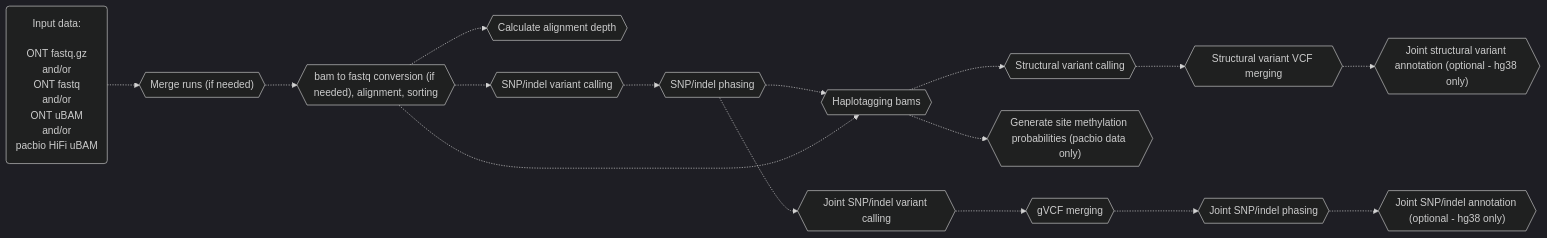
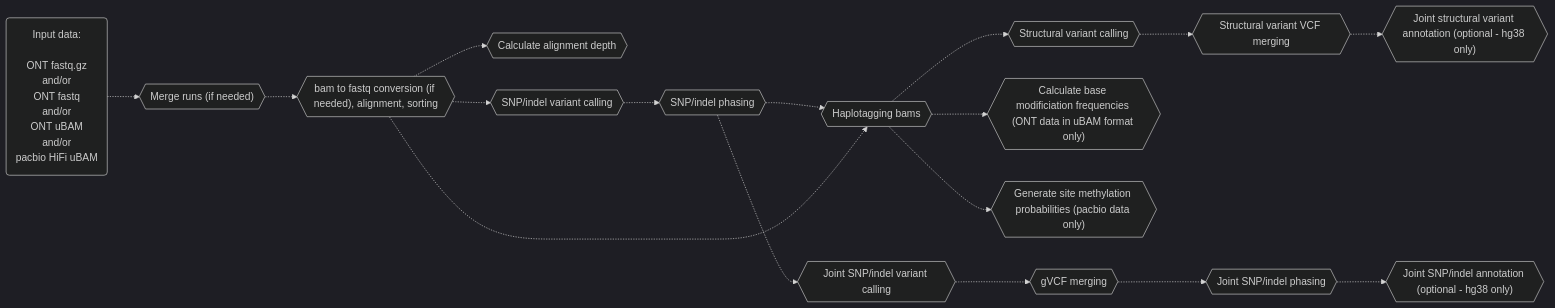
Before and after one commit to leahkemp/pipeface: the second of 4 diagrams in README.md, drawn with Mermaid. The commit also changed other lines of this file, not shown here.

Commit message:
fix mermaid diagram

````diff
--- a/README.md
+++ b/README.md
@@ -50,28 +50,30 @@
 ```mermaid
 %%{init: {'theme':'dark'}}%%
 flowchart LR
 
 input_data("Input data: <br><br> ONT fastq.gz <br> and/or <br> ONT fastq <br> and/or <br> ONT uBAM <br> and/or <br> pacbio HiFi uBAM")
 merging{{"Merge runs (if needed)"}}
 alignment{{"bam to fastq conversion (if needed), alignment, sorting"}}
 depth{{"Calculate alignment depth"}}
 snp_indel_calling{{"SNP/indel variant calling"}}
 snp_indel_phasing{{"SNP/indel phasing"}}
 joint_snp_indel_calling{{"Joint SNP/indel variant calling"}}
 gvcf_merging{{"gVCF merging"}}
 joint_snp_indel_phasing{{"Joint SNP/indel phasing"}}
 joint_snp_indel_annotation{{"Joint SNP/indel annotation (optional - hg38 only)"}}
 haplotagging{{"Haplotagging bams"}}
+calculate_base_mod_freqs{{"Calculate base modificiation frequencies (ONT data in uBAM format only)"}}
 generate_meth_probs{{"Generate site methylation probabilities (pacbio data only)"}}
 sv_calling{{"Structural variant calling"}}
 sv_vcf_merging{{"Structural variant VCF merging"}}
 joint_sv_annotation{{"Joint structural variant annotation (optional - hg38 only)"}}
 
 input_data-.->merging-.->alignment-.->snp_indel_calling-.->snp_indel_phasing-.->haplotagging-.->sv_calling
 alignment-.->depth
 alignment-.->haplotagging
+haplotagging-.->calculate_base_mod_freqs
 haplotagging-.->generate_meth_probs
 snp_indel_phasing-.->joint_snp_indel_calling-.->gvcf_merging-.->joint_snp_indel_phasing-.->joint_snp_indel_annotation
 sv_calling-.->sv_vcf_merging-.->joint_sv_annotation
 
 ```
````
